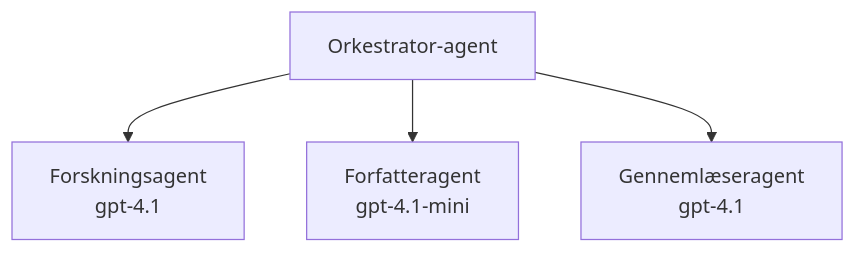
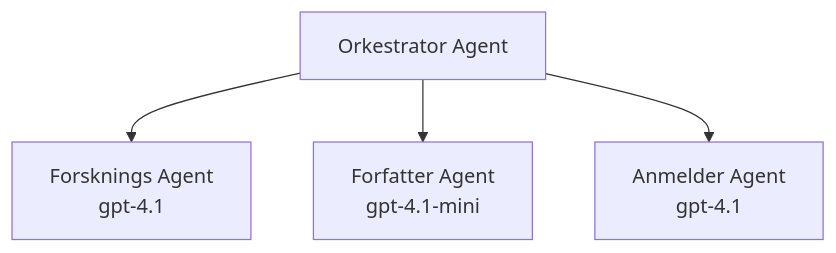
The third of 3 diagrams in translations/da/docs/chapter-02-ai-development/agents.md (microsoft/AZD-for-beginners), drawn with Mermaid before and after one commit. The commit also changed other lines of this file and 61 other files, not shown here.

````diff
--- a/translations/da/docs/chapter-02-ai-development/agents.md
+++ b/translations/da/docs/chapter-02-ai-development/agents.md
@@ -201,6 +201,6 @@
 ```mermaid
 graph TD
-    Orchestrator[Orkestrator-agent] --> Research[Forskningsagent<br/>gpt-4.1]
-    Orchestrator --> Writer[Forfatteragent<br/>gpt-4.1-mini]
-    Orchestrator --> Reviewer[Gennemlæseragent<br/>gpt-4.1]
+    Orchestrator[Orkestrator Agent] --> Research[Forsknings Agent<br/>gpt-4.1]
+    Orchestrator --> Writer[Forfatter Agent<br/>gpt-4.1-mini]
+    Orchestrator --> Reviewer[Anmelder Agent<br/>gpt-4.1]
 ```
````
